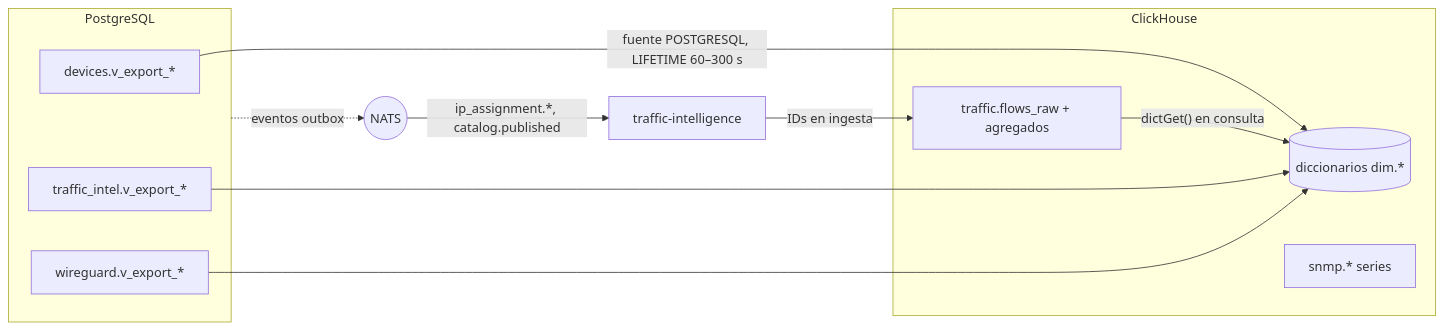
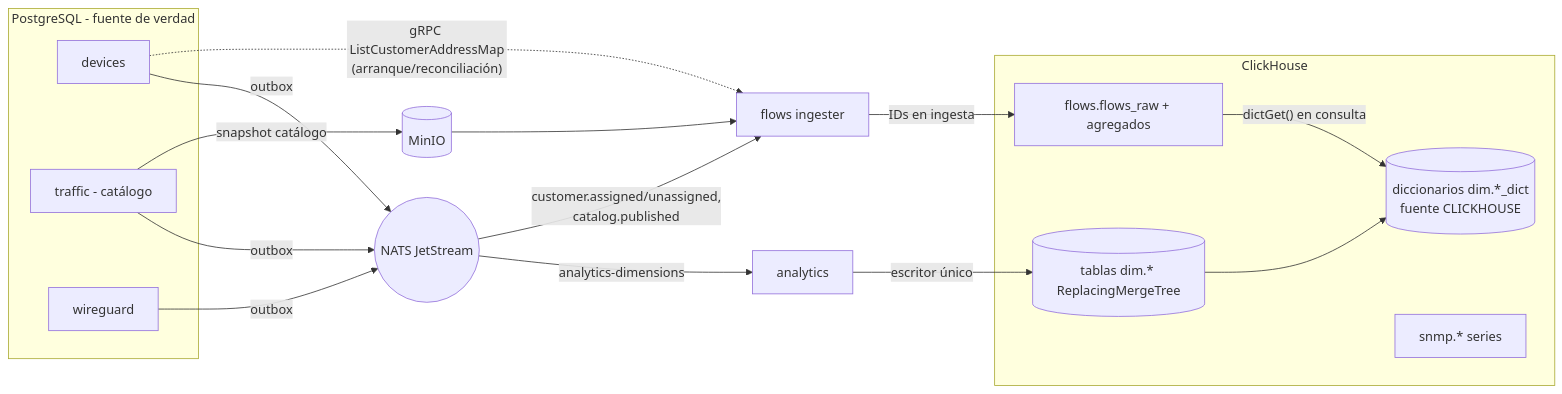
Before and after one commit to HCDestroyer/horus-flow: the sixth of 6 diagrams in docs/database.md, drawn with Mermaid. The commit also changed other lines of this file and 3 other files, not shown here.

First line of the commit message:
docs: align data model and storage docs with architecture decisions

````diff
--- a/docs/database.md
+++ b/docs/database.md
@@ -398,20 +410,26 @@
 ```mermaid
 flowchart LR
-  subgraph PG[PostgreSQL]
-    D[devices.v_export_*]
-    T[traffic_intel.v_export_*]
-    W[wireguard.v_export_*]
+  subgraph PG[PostgreSQL - fuente de verdad]
+    D[devices]
+    T[traffic - catálogo]
+    W[wireguard]
   end
+  NATS((NATS JetStream))
+  D -- outbox --> NATS
+  T -- outbox --> NATS
+  W -- outbox --> NATS
+  T -- "snapshot catálogo" --> M[(MinIO)]
   subgraph CH[ClickHouse]
-    DICT[(diccionarios dim.*)]
-    F[traffic.flows_raw + agregados]
+    DIM[(tablas dim.* ReplacingMergeTree)]
+    DICT[(diccionarios dim.*_dict<br/>fuente CLICKHOUSE)]
+    F[flows.flows_raw + agregados]
     S[snmp.* series]
   end
-  D -- "fuente POSTGRESQL, LIFETIME 60–300 s" --> DICT
-  T --> DICT
-  W --> DICT
-  TI[traffic-intelligence] -- "IDs en ingesta" --> F
-  NATS((NATS)) -- "ip_assignment.*, catalog.published" --> TI
-  PG -. "eventos outbox" .-> NATS
+  NATS -- "analytics-dimensions" --> AN[analytics] -- "escritor único" --> DIM
+  DIM --> DICT
+  NATS -- "customer.assigned/unassigned,<br/>catalog.published" --> ING[flows ingester]
+  M --> ING
+  D -. "gRPC ListCustomerAddressMap<br/>(arranque/reconciliación)" .-> ING
+  ING -- "IDs en ingesta" --> F
   F -- "dictGet() en consulta" --> DICT
 ```
````
